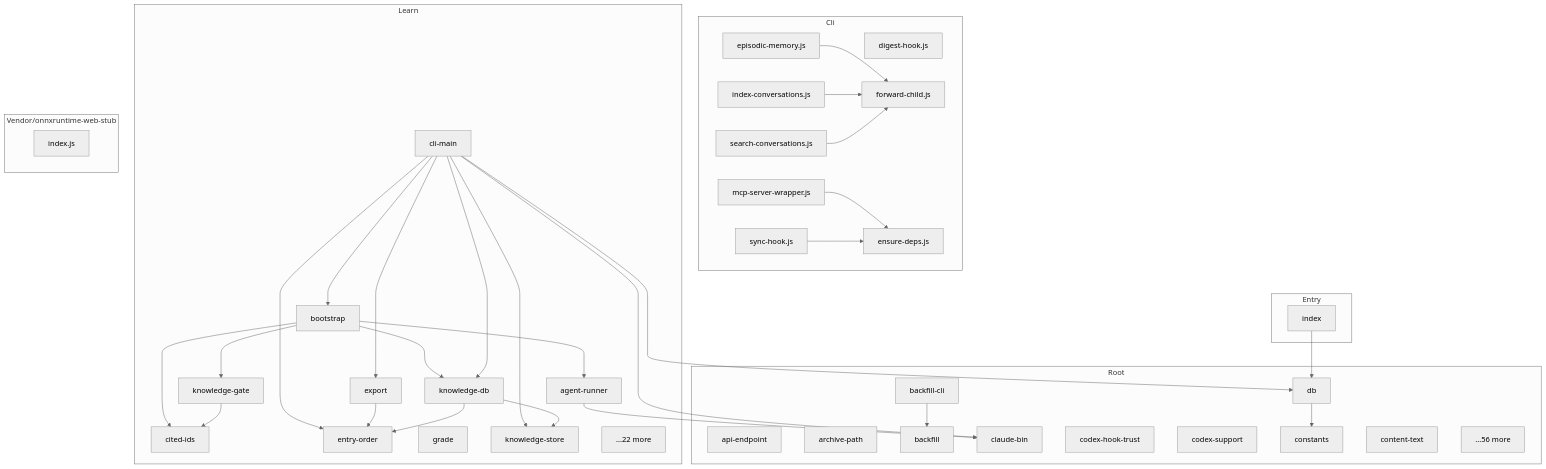
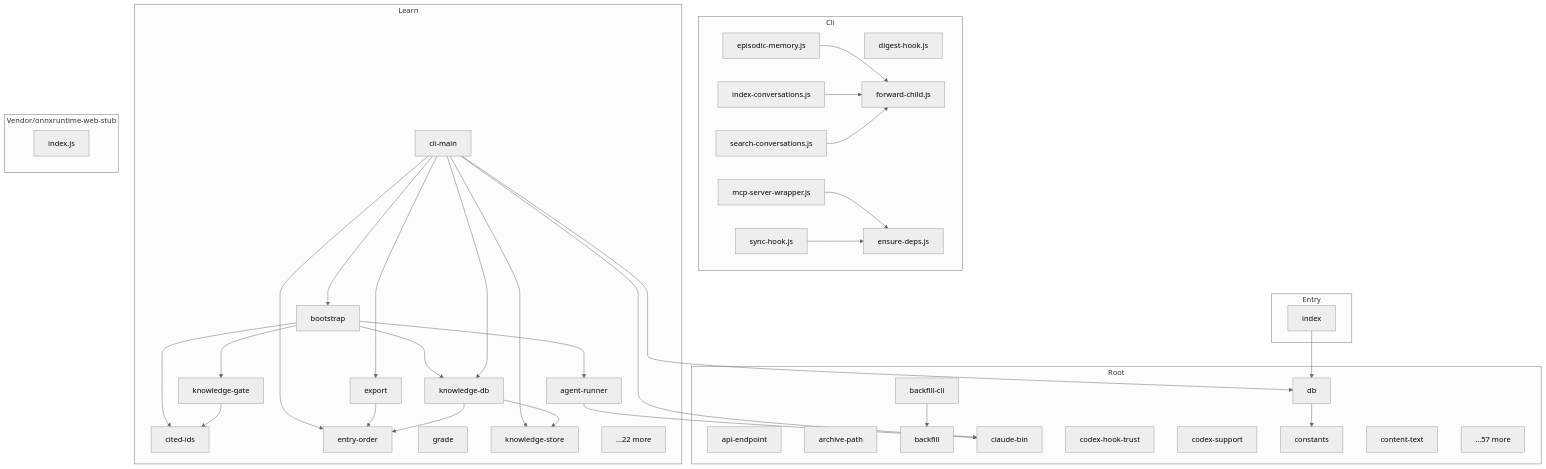
One commit to danielsimonjr/episodic-memory changed the diagram in docs/architecture/DEPENDENCY_GRAPH.md. Above: the diagram before and after it, drawn with Mermaid (neutral theme). The commit also changed other lines of this file and 32 other files, not shown here.

````diff
--- a/docs/architecture/DEPENDENCY_GRAPH.md
+++ b/docs/architecture/DEPENDENCY_GRAPH.md
@@ -2153,74 +2172,74 @@
 ```mermaid
 graph TD
     subgraph Cli
         N0[digest-hook.js]
         N1[ensure-deps.js]
         N2[episodic-memory.js]
         N3[forward-child.js]
         N4[index-conversations.js]
         N5[mcp-server-wrapper.js]
         N6[search-conversations.js]
         N7[sync-hook.js]
     end
 
     subgraph Root
         N8[api-endpoint]
         N9[archive-path]
         N10[backfill-cli]
         N11[backfill]
         N12[claude-bin]
         N13[codex-hook-trust]
         N14[codex-support]
         N15[constants]
         N16[content-text]
         N17[db]
-        N18[...56 more]
+        N18[...57 more]
     end
 
     subgraph Entry
         N19[index]
     end
 
     subgraph Learn
         N20[agent-runner]
         N21[bootstrap]
         N22[cited-ids]
         N23[cli-main]
         N24[entry-order]
         N25[export]
         N26[grade]
         N27[knowledge-db]
         N28[knowledge-gate]
         N29[knowledge-store]
         N30[...22 more]
     end
 
     subgraph Vendor/onnxruntime-web-stub
         N31[index.js]
     end
 
     N2 --> N3
     N4 --> N3
     N5 --> N1
     N6 --> N3
     N7 --> N1
     N10 --> N11
     N17 --> N15
     N19 --> N17
     N20 --> N12
     N21 --> N27
     N21 --> N28
     N21 --> N22
     N21 --> N20
     N23 --> N12
     N23 --> N27
     N23 --> N25
     N23 --> N24
     N23 --> N29
     N23 --> N17
     N23 --> N21
     N25 --> N24
     N27 --> N29
     N27 --> N24
     N28 --> N22
 ```
````
